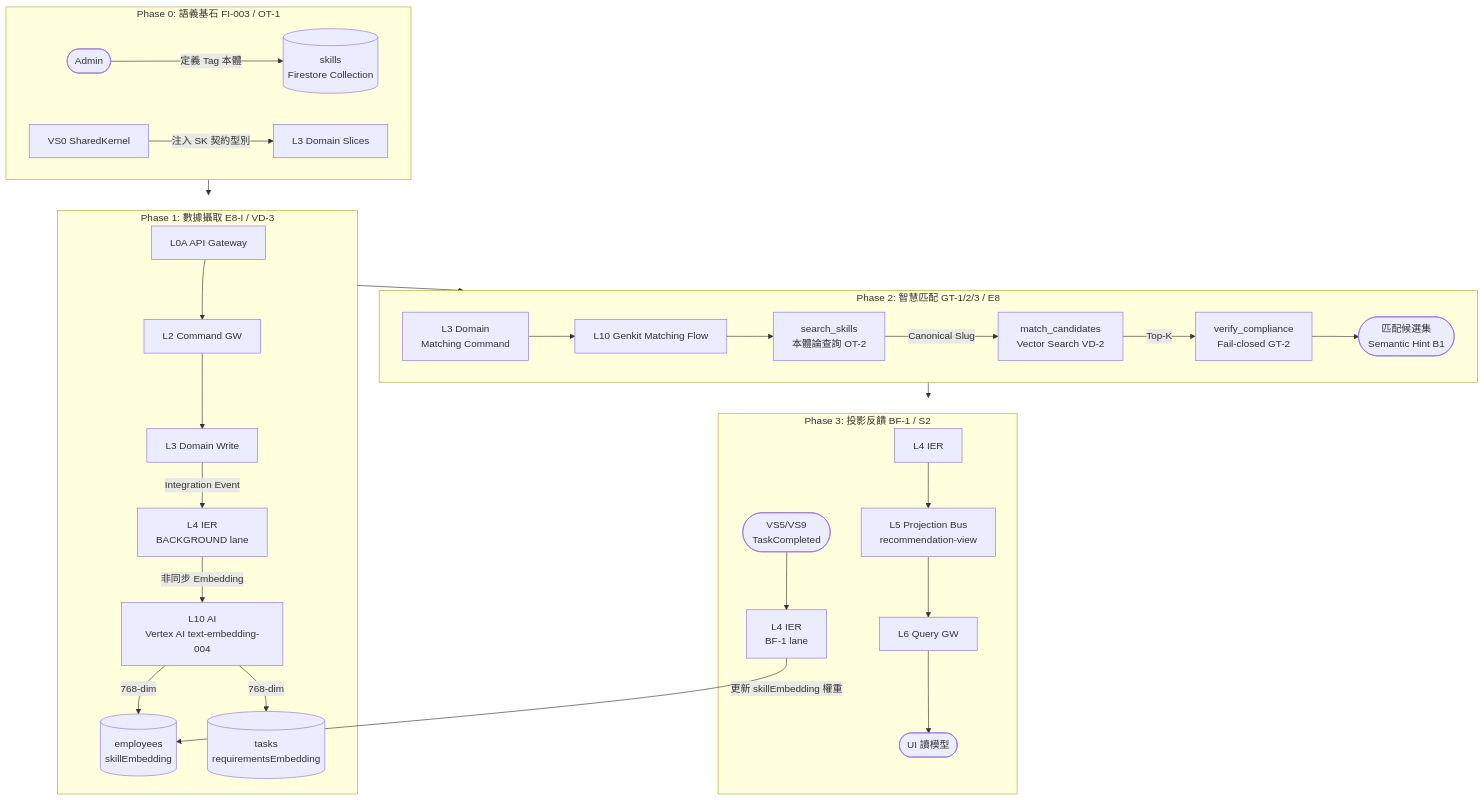
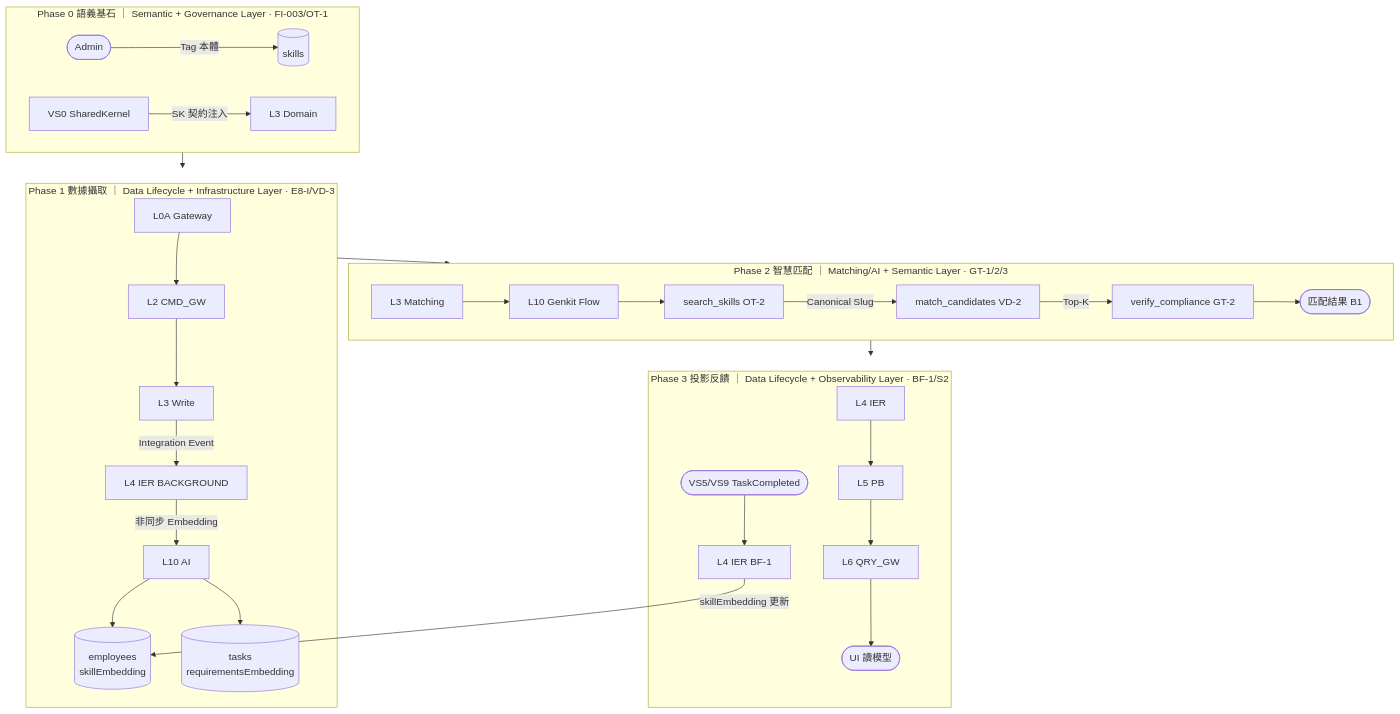
The diagram in docs/architecture/03-infra-mapping.md (7Spade/Xuanwu), drawn with Mermaid before and after one commit. The commit also changed other lines of this file and 3 other files, not shown here.

Commit message:
docs(arch): realign 00-03 Mermaid diagrams with VS8 8-layer architecture system

````diff
--- a/docs/architecture/03-infra-mapping.md
+++ b/docs/architecture/03-infra-mapping.md
@@ -130,34 +130,34 @@
 ```mermaid
 flowchart TD
-    subgraph P0[Phase 0: 語義基石 FI-003 / OT-1]
-        Admin([Admin]) -->|定義 Tag 本體| SkillsCol[(skills\nFirestore Collection)]
-        SK[VS0 SharedKernel] -->|注入 SK 契約型別| DomainSlices[L3 Domain Slices]
+    subgraph P0["Phase 0 語義基石 ｜ Semantic + Governance Layer · FI-003/OT-1"]
+        Admin([Admin]) -->|Tag 本體| SkillsCol[(skills)]
+        SK[VS0 SharedKernel] -->|SK 契約注入| DomainSlices[L3 Domain]
     end
 
-    subgraph P1[Phase 1: 數據攝取 E8-I / VD-3]
-        L0A[L0A API Gateway] --> L2[L2 Command GW]
-        L2 --> L3W[L3 Domain Write]
-        L3W -->|Integration Event| L4[L4 IER\nBACKGROUND lane]
-        L4 -->|非同步 Embedding| L10[L10 AI\nVertex AI text-embedding-004]
-        L10 -->|768-dim| EmpDB[(employees\nskillEmbedding)]
-        L10 -->|768-dim| TaskDB[(tasks\nrequirementsEmbedding)]
+    subgraph P1["Phase 1 數據攝取 ｜ Data Lifecycle + Infrastructure Layer · E8-I/VD-3"]
+        L0A[L0A Gateway] --> L2[L2 CMD_GW]
+        L2 --> L3W[L3 Write]
+        L3W -->|Integration Event| L4[L4 IER BACKGROUND]
+        L4 -->|非同步 Embedding| L10[L10 AI]
+        L10 --> EmpDB[(employees\nskillEmbedding)]
+        L10 --> TaskDB[(tasks\nrequirementsEmbedding)]
     end
 
-    subgraph P2[Phase 2: 智慧匹配 GT-1/2/3 / E8]
-        L3M[L3 Domain\nMatching Command] --> GenkitFlow[L10 Genkit Matching Flow]
-        GenkitFlow --> ToolS[search_skills\n本體論查詢 OT-2]
-        ToolS -->|Canonical Slug| ToolM[match_candidates\nVector Search VD-2]
-        ToolM -->|Top-K| ToolV[verify_compliance\nFail-closed GT-2]
-        ToolV --> Output([匹配候選集\nSemantic Hint B1])
+    subgraph P2["Phase 2 智慧匹配 ｜ Matching/AI + Semantic Layer · GT-1/2/3"]
+        L3M[L3 Matching] --> GenkitFlow[L10 Genkit Flow]
+        GenkitFlow --> ToolS[search_skills OT-2]
+        ToolS -->|Canonical Slug| ToolM[match_candidates VD-2]
+        ToolM -->|Top-K| ToolV[verify_compliance GT-2]
+        ToolV --> Output([匹配結果 B1])
     end
 
-    subgraph P3[Phase 3: 投影反饋 BF-1 / S2]
-        L4P[L4 IER] --> L5[L5 Projection Bus\nrecommendation-view]
-        L5 --> L6[L6 Query GW]
+    subgraph P3["Phase 3 投影反饋 ｜ Data Lifecycle + Observability Layer · BF-1/S2"]
+        L4P[L4 IER] --> L5[L5 PB]
+        L5 --> L6[L6 QRY_GW]
         L6 --> ReadUI([UI 讀模型])
-        TaskEvent([VS5/VS9\nTaskCompleted]) --> L4BF[L4 IER\nBF-1 lane]
-        L4BF -->|更新 skillEmbedding 權重| EmpDB
+        TaskEvent([VS5/VS9 TaskCompleted]) --> L4BF[L4 IER BF-1]
+        L4BF -->|skillEmbedding 更新| EmpDB
     end
 
     P0 --> P1 --> P2 --> P3
 ```
````
